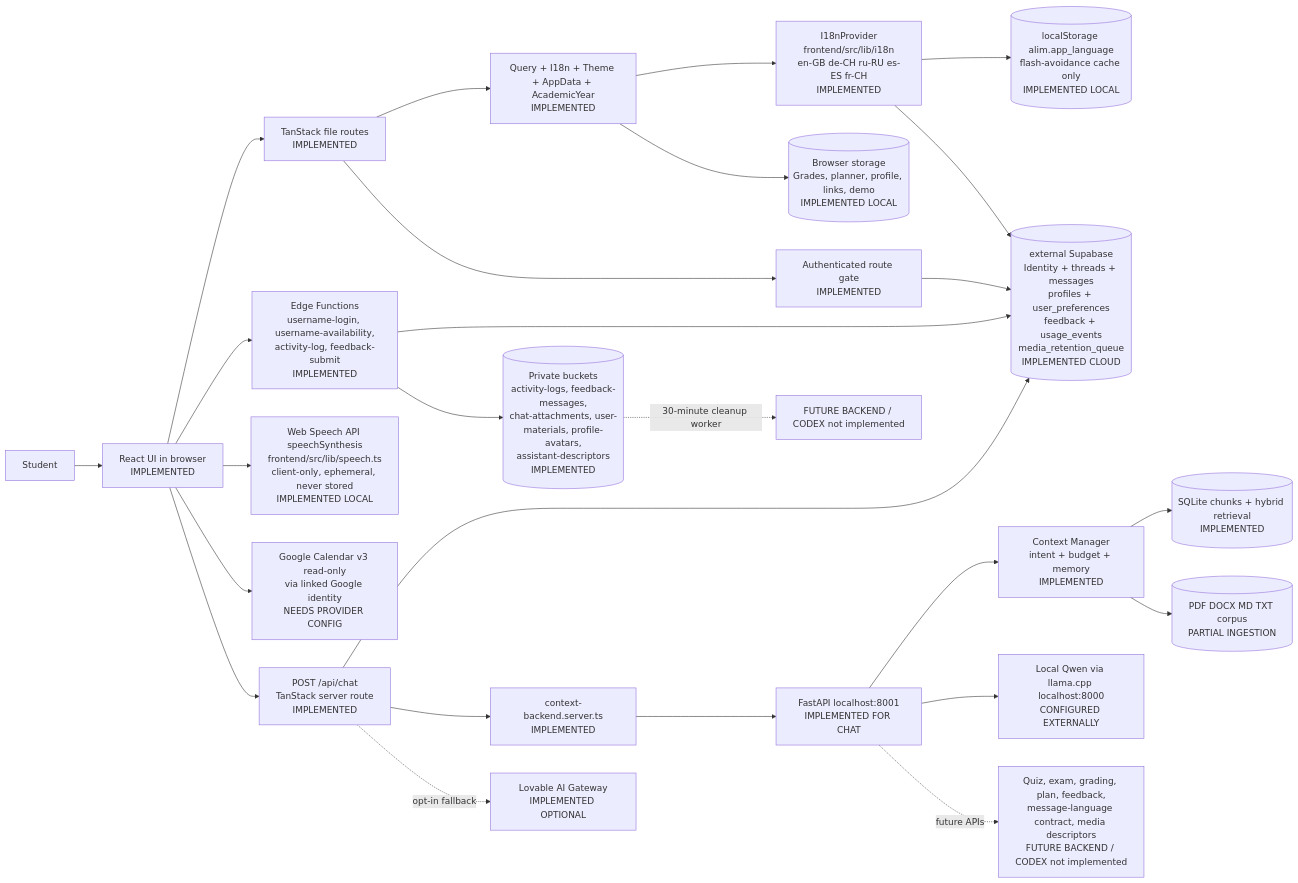
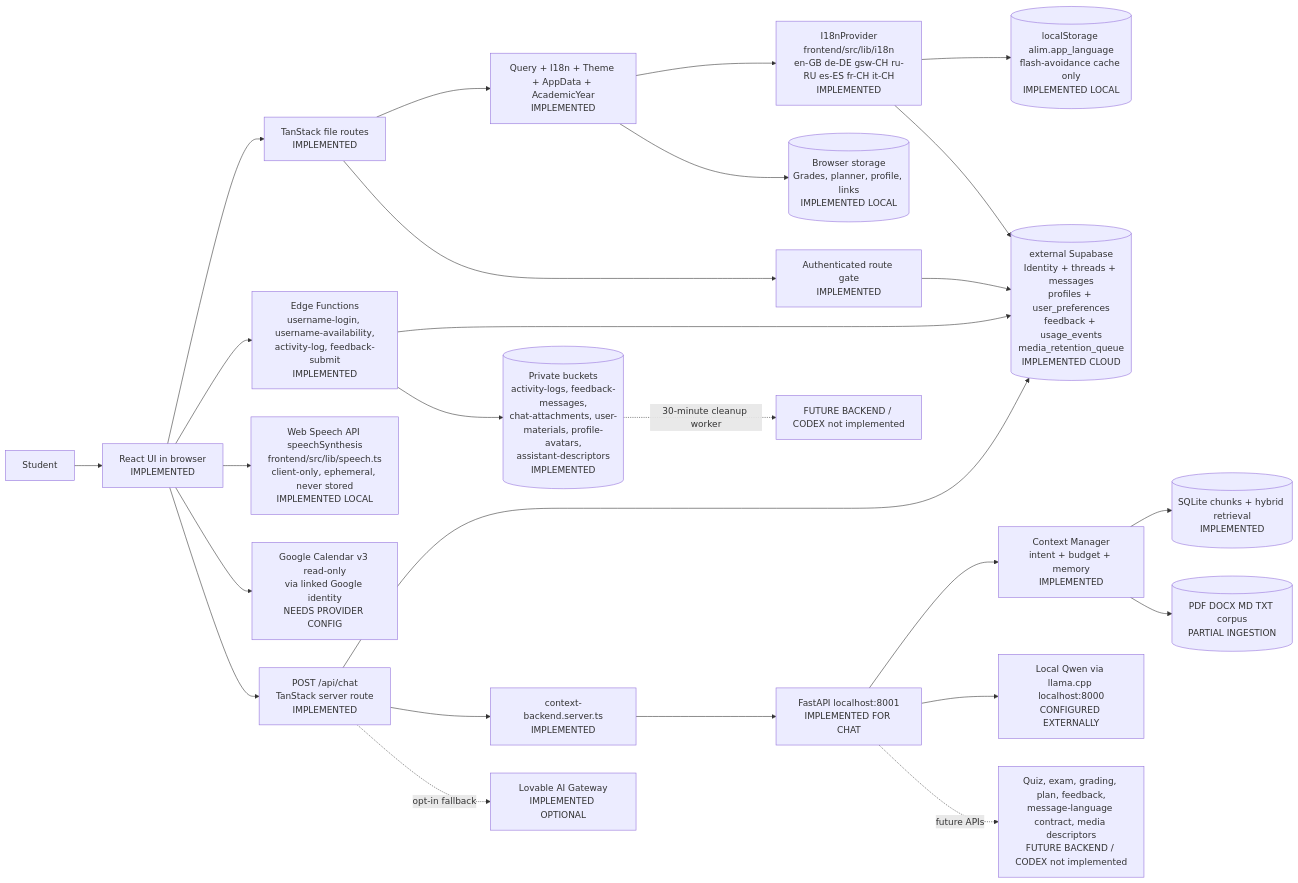
The first of 20 diagrams in docs/FULL_APP_WIREFRAMES.md (keyshavmor/study-swiss-star), drawn with Mermaid before and after one commit. The commit also changed other lines of this file and 80 other files, not shown here.

````diff
--- a/docs/FULL_APP_WIREFRAMES.md
+++ b/docs/FULL_APP_WIREFRAMES.md
@@ -32,28 +32,28 @@
 ```mermaid
 flowchart LR
   Student[Student] --> Browser[React UI in browser\nIMPLEMENTED]
   Browser --> Router[TanStack file routes\nIMPLEMENTED]
   Router --> Providers[Query + I18n + Theme + AppData + AcademicYear\nIMPLEMENTED]
-  Providers --> I18n[I18nProvider\nfrontend/src/lib/i18n\nen-GB de-CH ru-RU es-ES fr-CH\nIMPLEMENTED]
+  Providers --> I18n[I18nProvider\nfrontend/src/lib/i18n\nen-GB de-DE gsw-CH ru-RU es-ES fr-CH it-CH\nIMPLEMENTED]
   I18n --> LangCache[(localStorage alim.app_language\nflash-avoidance cache only\nIMPLEMENTED LOCAL)]
-  Providers --> Local[(Browser storage\nGrades, planner, profile, links, demo\nIMPLEMENTED LOCAL)]
+  Providers --> Local[(Browser storage\nGrades, planner, profile, links\nIMPLEMENTED LOCAL)]
   Router --> Auth[Authenticated route gate\nIMPLEMENTED]
   Auth --> Cloud[(external Supabase\nIdentity + threads + messages\nprofiles + user_preferences\nfeedback + usage_events\nmedia_retention_queue\nIMPLEMENTED CLOUD)]
   I18n --> Cloud
   Browser --> Fns[Edge Functions\nusername-login, username-availability,\nactivity-log, feedback-submit\nIMPLEMENTED]
   Fns --> Cloud
   Fns --> Buckets[(Private buckets\nactivity-logs, feedback-messages,\nchat-attachments, user-materials, profile-avatars,\nassistant-descriptors\nIMPLEMENTED)]
   Browser --> Speech[Web Speech API speechSynthesis\nfrontend/src/lib/speech.ts\nclient-only, ephemeral, never stored\nIMPLEMENTED LOCAL]
   Browser --> GCal[Google Calendar v3 read-only\nvia linked Google identity\nNEEDS PROVIDER CONFIG]
   Browser --> ChatRoute[POST /api/chat\nTanStack server route\nIMPLEMENTED]
   ChatRoute --> Cloud
   ChatRoute --> Adapter[context-backend.server.ts\nIMPLEMENTED]
   Adapter --> Python[FastAPI localhost:8001\nIMPLEMENTED FOR CHAT]
   Python --> Context[Context Manager\nintent + budget + memory\nIMPLEMENTED]
   Context --> Retrieval[(SQLite chunks + hybrid retrieval\nIMPLEMENTED)]
   Context --> Files[(PDF DOCX MD TXT corpus\nPARTIAL INGESTION)]
   Python --> Model[Local Qwen via llama.cpp localhost:8000\nCONFIGURED EXTERNALLY]
   ChatRoute -. opt-in fallback .-> Gateway[Lovable AI Gateway\nIMPLEMENTED OPTIONAL]
   Python -. future APIs .-> Future[Quiz, exam, grading, plan, feedback,\nmessage-language contract, media descriptors\nFUTURE BACKEND / CODEX not implemented]
   Buckets -. 30-minute cleanup worker .-> FutureCleanup[FUTURE BACKEND / CODEX not implemented]
 ```
````
